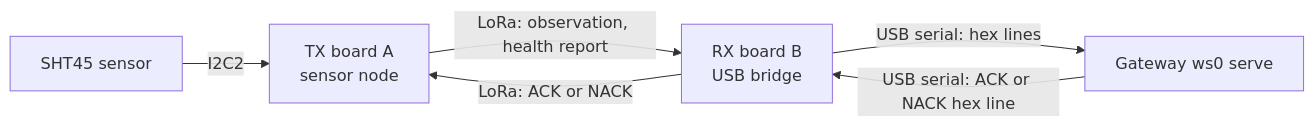
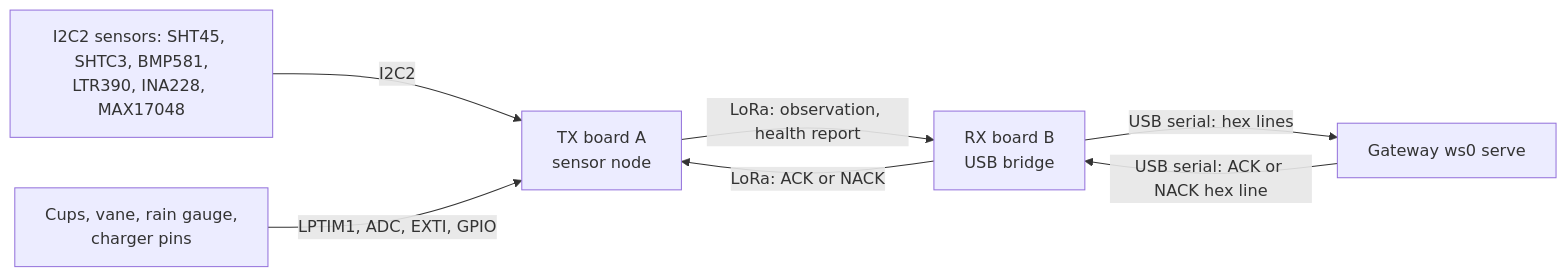
The first of 8 diagrams in firmware/stage0-node/README.md (clintecker/weather-station-2026), drawn with Mermaid before and after one commit. The commit also changed other lines of this file and 42 other files, not shown here.

````diff
--- a/firmware/stage0-node/README.md
+++ b/firmware/stage0-node/README.md
@@ -15,8 +15,9 @@
 ```mermaid
 flowchart LR
-  SHT45["SHT45 sensor"] -->|"I2C2"| TX["TX board A<br/>sensor node"]
+  I2C["I2C2 sensors: SHT45, SHTC3, BMP581,<br/>LTR390, INA228, MAX17048"] -->|"I2C2"| TX["TX board A<br/>sensor node"]
+  PINS["Cups, vane, rain gauge,<br/>charger pins"] -->|"LPTIM1, ADC, EXTI, GPIO"| TX
   TX -->|"LoRa: observation, health report"| RX["RX board B<br/>USB bridge"]
   RX -->|"LoRa: ACK or NACK"| TX
   RX -->|"USB serial: hex lines"| GW["Gateway ws0 serve"]
   GW -->|"USB serial: ACK or NACK hex line"| RX
 ```
````
